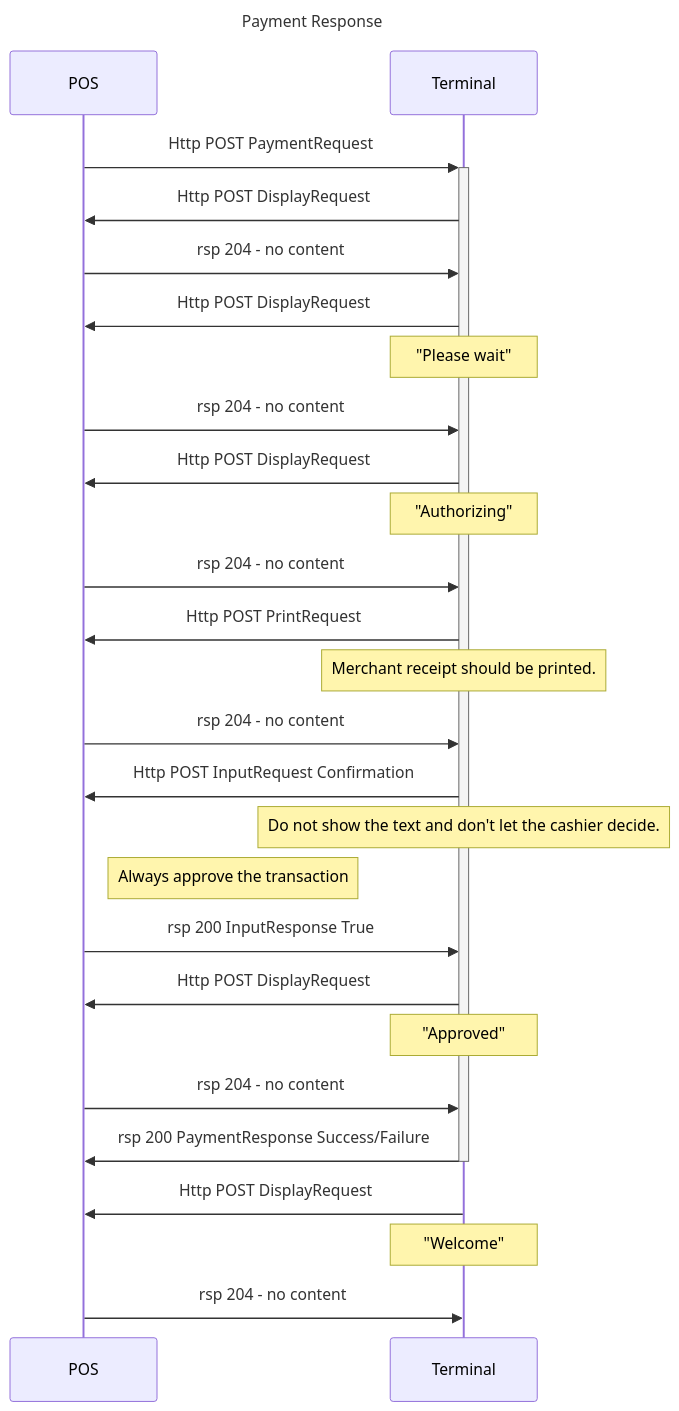
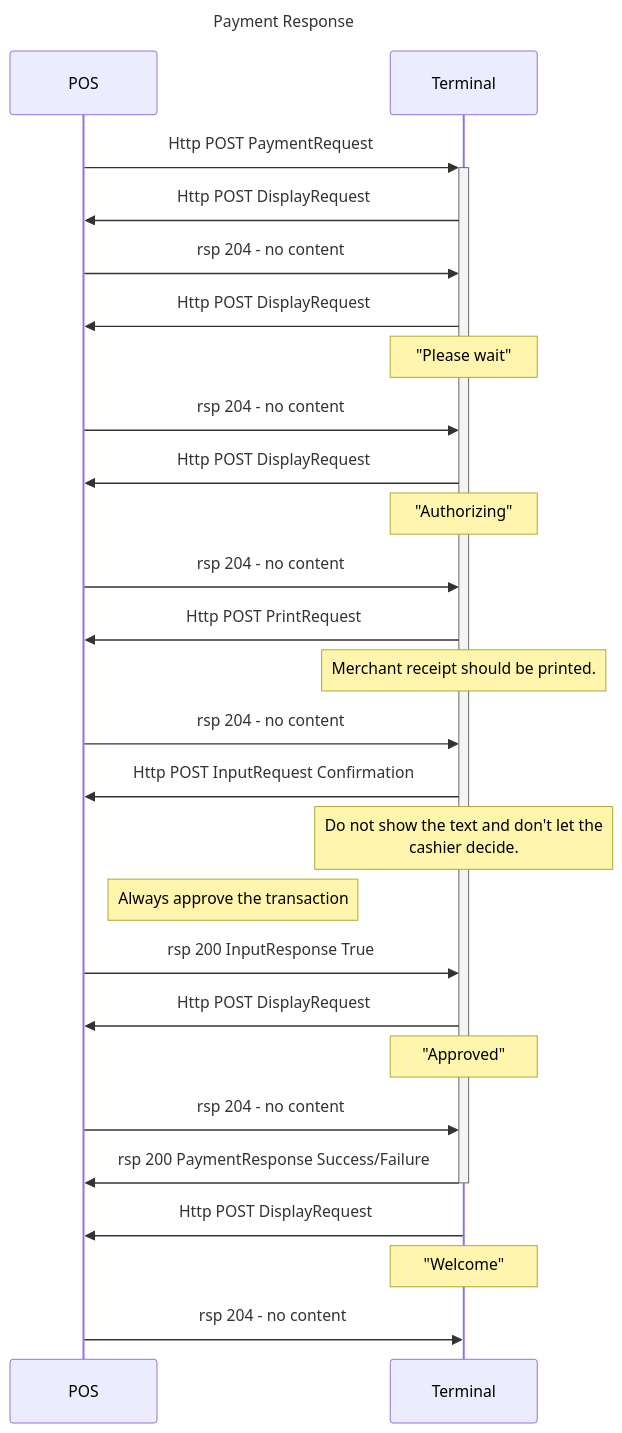
Before and after one commit to SwedbankPay/developer.swedbankpay.com: the first of 2 diagrams in pax-terminal/Nexo-Retailer/Quick-guide/cvm_signature.md, drawn with Mermaid. The commit also changed 3 other files, not shown here.

````diff
--- a/pax-terminal/Nexo-Retailer/Quick-guide/cvm_signature.md
+++ b/pax-terminal/Nexo-Retailer/Quick-guide/cvm_signature.md
@@ -12,27 +12,27 @@
 ```mermaid
 sequenceDiagram
 title: Payment Response
 POS->>+Terminal: Http POST PaymentRequest
 Terminal->>POS: Http POST DisplayRequest
 POS->>Terminal: rsp 204 - no content
 Terminal->>POS: Http POST DisplayRequest
 Note over Terminal: "Please wait"
 POS->>Terminal: rsp 204 - no content
 Terminal->>POS: Http POST DisplayRequest
 Note over Terminal: "Authorizing"
 POS->>Terminal: rsp 204 - no content
 Terminal->>POS: Http POST PrintRequest
 Note over Terminal: Merchant receipt should be printed.
 POS->>Terminal: rsp 204 - no content
 Terminal->>POS: Http POST InputRequest Confirmation
-Note over Terminal: Do not show the text and don't let the cashier decide.
+Note over Terminal: Do not show the text and don't let the<br>cashier decide.
 Note right of POS: Always approve the transaction
 POS->>Terminal: rsp 200 InputResponse True
 Terminal->>POS: Http POST DisplayRequest
 Note over Terminal: "Approved"
 POS->>Terminal: rsp 204 - no content
 Terminal->>-POS: rsp 200 PaymentResponse Success/Failure
 Terminal->>POS: Http POST DisplayRequest
 Note over Terminal: "Welcome"
 POS->>Terminal: rsp 204 - no content
 ```
````
